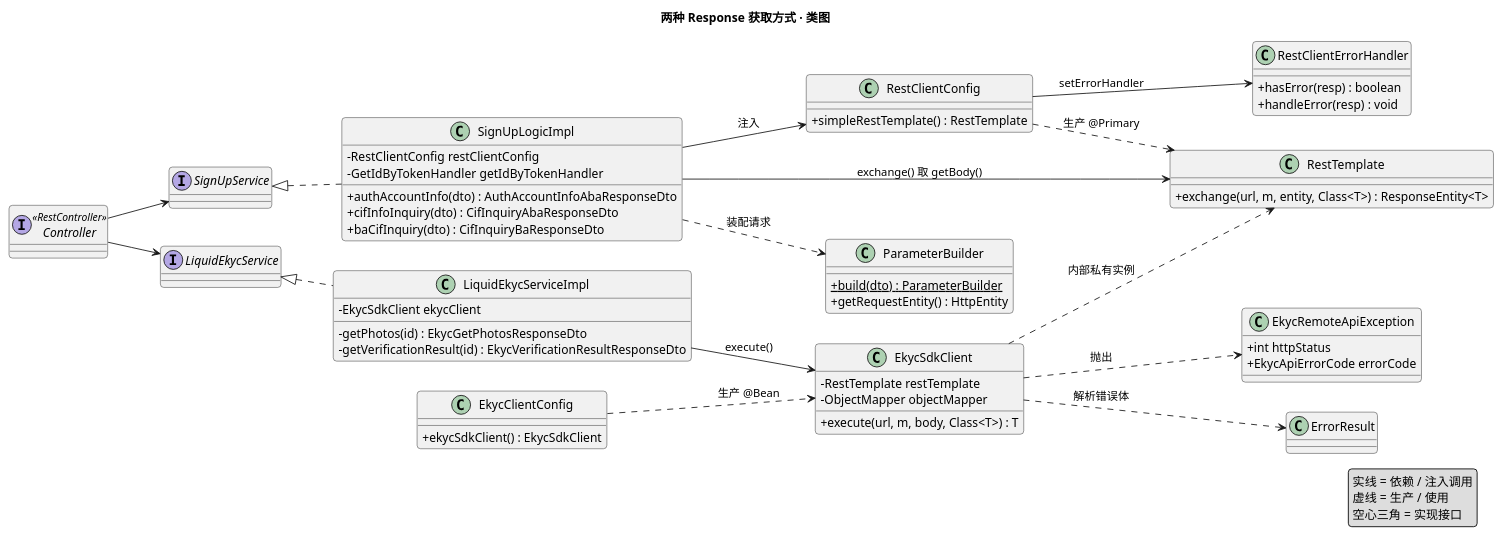
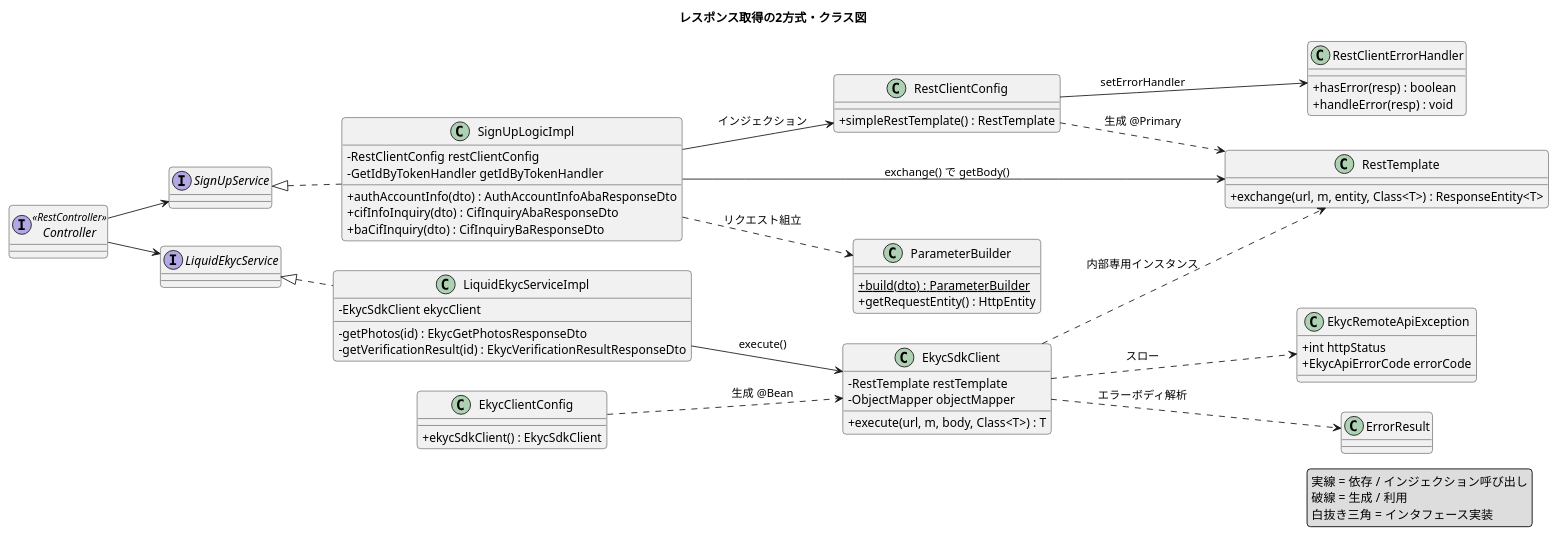
The diagram in response-class-diagram.puml (zed11213/sharing-file), drawn with PlantUML before and after one commit.

```diff
--- a/response-class-diagram.puml
+++ b/response-class-diagram.puml
@@ -1,79 +1,79 @@
 @startuml response-class-diagram
-title 两种 Response 获取方式 · 类图
+title レスポンス取得の2方式・クラス図
 
 left to right direction
 skinparam classAttributeIconSize 0
 skinparam shadowing false
 skinparam roundcorner 8
 
 interface Controller <<RestController>>
 interface SignUpService
 interface LiquidEkycService
 
-' ===== 路径一：框架自动反序列化 =====
+' ===== 方式1：フレームワークによる自動デシリアライズ =====
 class SignUpLogicImpl {
   - RestClientConfig restClientConfig
   - GetIdByTokenHandler getIdByTokenHandler
   + authAccountInfo(dto) : AuthAccountInfoAbaResponseDto
   + cifInfoInquiry(dto) : CifInquiryAbaResponseDto
   + baCifInquiry(dto) : CifInquiryBaResponseDto
 }
 class RestClientConfig {
   + simpleRestTemplate() : RestTemplate
 }
 class RestTemplate {
   + exchange(url, m, entity, Class<T>) : ResponseEntity<T>
 }
 class ParameterBuilder {
   + {static} build(dto) : ParameterBuilder
   + getRequestEntity() : HttpEntity
 }
 class RestClientErrorHandler {
   + hasError(resp) : boolean
   + handleError(resp) : void
 }
 
-' ===== 路径二：SDK 手动反序列化 =====
+' ===== 方式2：SDKによる手動デシリアライズ =====
 class LiquidEkycServiceImpl {
   - EkycSdkClient ekycClient
   - getPhotos(id) : EkycGetPhotosResponseDto
   - getVerificationResult(id) : EkycVerificationResultResponseDto
 }
 class EkycClientConfig {
   + ekycSdkClient() : EkycSdkClient
 }
 class EkycSdkClient {
   - RestTemplate restTemplate
   - ObjectMapper objectMapper
   + execute(url, m, body, Class<T>) : T
 }
 class EkycRemoteApiException {
   + int httpStatus
   + EkycApiErrorCode errorCode
 }
 class ErrorResult
 
 Controller --> SignUpService
 Controller --> LiquidEkycService
 SignUpService <|.. SignUpLogicImpl
 LiquidEkycService <|.. LiquidEkycServiceImpl
 
-SignUpLogicImpl --> RestClientConfig : 注入
-RestClientConfig ..> RestTemplate : 生产 @Primary
+SignUpLogicImpl --> RestClientConfig : インジェクション
+RestClientConfig ..> RestTemplate : 生成 @Primary
 RestClientConfig --> RestClientErrorHandler : setErrorHandler
-SignUpLogicImpl ..> ParameterBuilder : 装配请求
-SignUpLogicImpl --> RestTemplate : exchange() 取 getBody()
+SignUpLogicImpl ..> ParameterBuilder : リクエスト組立
+SignUpLogicImpl --> RestTemplate : exchange() で getBody()
 
-EkycClientConfig ..> EkycSdkClient : 生产 @Bean
+EkycClientConfig ..> EkycSdkClient : 生成 @Bean
 LiquidEkycServiceImpl --> EkycSdkClient : execute()
-EkycSdkClient ..> RestTemplate : 内部私有实例
-EkycSdkClient ..> ErrorResult : 解析错误体
-EkycSdkClient ..> EkycRemoteApiException : 抛出
+EkycSdkClient ..> RestTemplate : 内部専用インスタンス
+EkycSdkClient ..> ErrorResult : エラーボディ解析
+EkycSdkClient ..> EkycRemoteApiException : スロー
 
 legend right
-  实线 = 依赖 / 注入调用
-  虚线 = 生产 / 使用
-  空心三角 = 实现接口
+  実線 = 依存 / インジェクション呼び出し
+  破線 = 生成 / 利用
+  白抜き三角 = インタフェース実装
 endlegend
 
 @enduml
```
